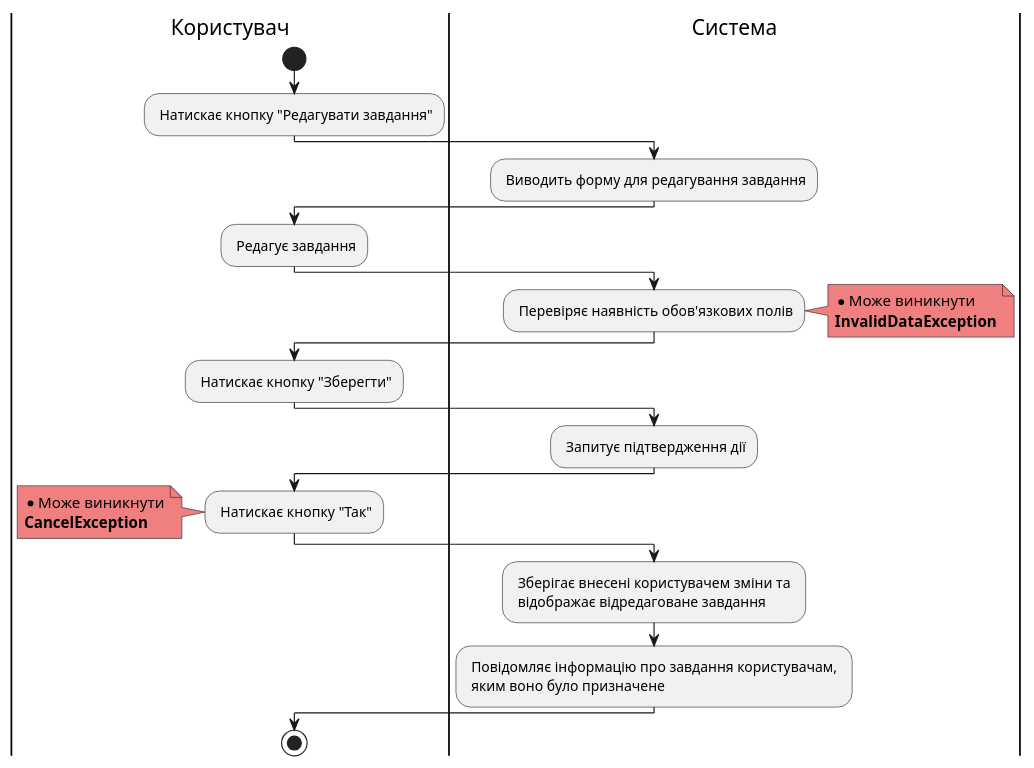
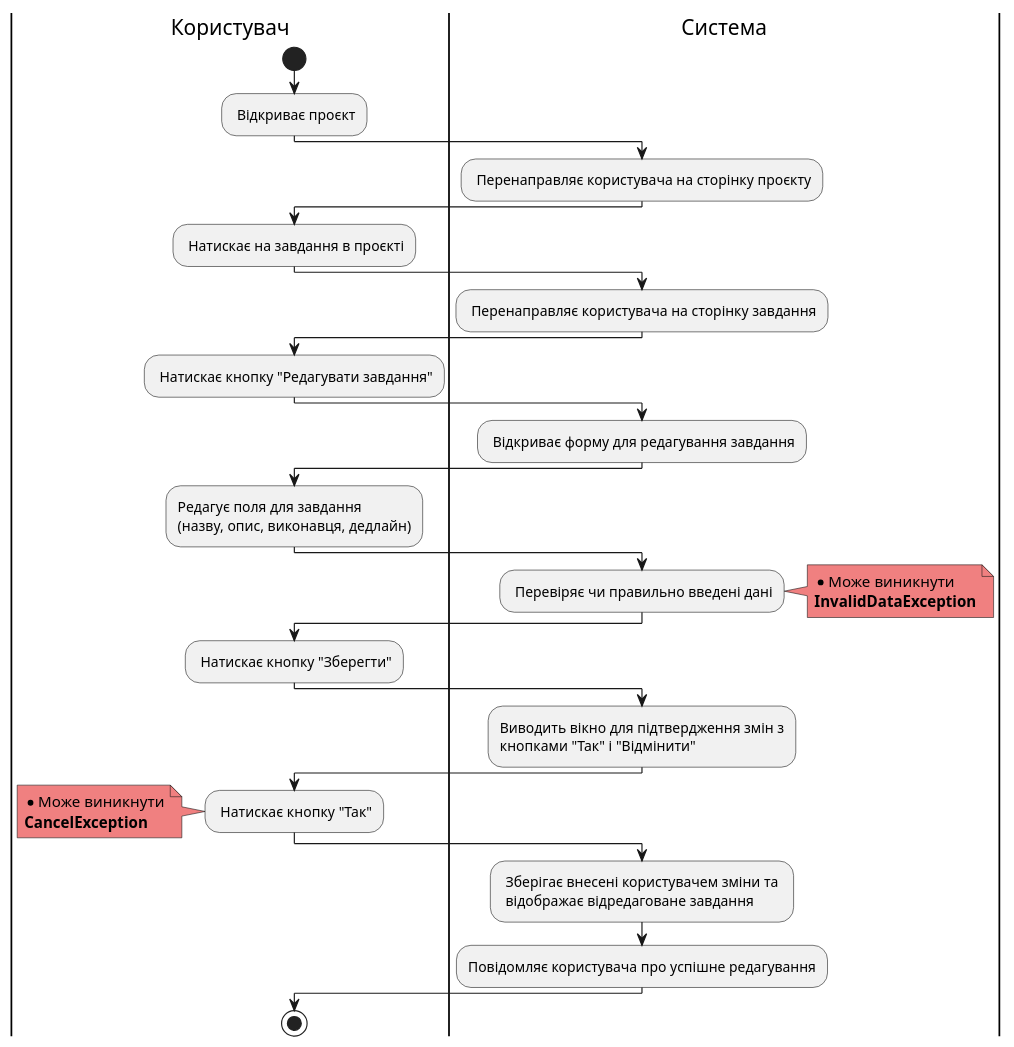
One commit to samoilenkomariia/db-coursework changed the third of 6 diagrams in docs/use cases/README.md. Above: the diagram before and after it, drawn with PlantUML. The commit also changed other lines of this file, not shown here.

Commit message:
Update use cases diagrams

```diff
--- a/docs/use cases/README.md
+++ b/docs/use cases/README.md
@@ -208,40 +214,53 @@
 @startuml
-|Користувач|
+    
+    |Користувач|
     start;
+    : Відкриває проєкт;
+        
+    |Система|
+    : Перенаправляє користувача на сторінку проєкту;
+    
+    |Користувач|
+    : Натискає на завдання в проєкті;
+
+    |Система|
+    : Перенаправляє користувача на сторінку завдання;
+    
+    |Користувач|
     : Натискає кнопку "Редагувати завдання";
 
     |Система|
-    : Виводить форму для редагування завдання;
+    : Відкриває форму для редагування завдання;
 
     |Користувач|
-    : Редагує завдання;
+    :Редагує поля для завдання\n(назву, опис, виконавця, дедлайн);
     
     |Система|
-    : Перевіряє наявність обов'язкових полів;
+    : Перевіряє чи правильно введені дані;
     
     note right #lightcoral
         * Може виникнути
         <b>InvalidDataException</b>
     end note
     
     |Користувач|
     : Натискає кнопку "Зберегти";
     
     |Система|
-    : Запитує підтвердження дії;
+    :Виводить вікно для підтвердження змін з\nкнопками "Так" і "Відмінити";
     
     |Користувач|
     : Натискає кнопку "Так";
     
     note left #lightcoral
         * Може виникнути
         <b>CancelException</b>
     end note    
 
     |Система|
     : Зберігає внесені користувачем зміни та \n відображає відредаговане завдання;
-    : Повідомляє інформацію про завдання користувачам, \n яким воно було призначене;
+    :Повідомляє користувача про успішне редагування;
 
     |Користувач|
         stop;
 @enduml
```
